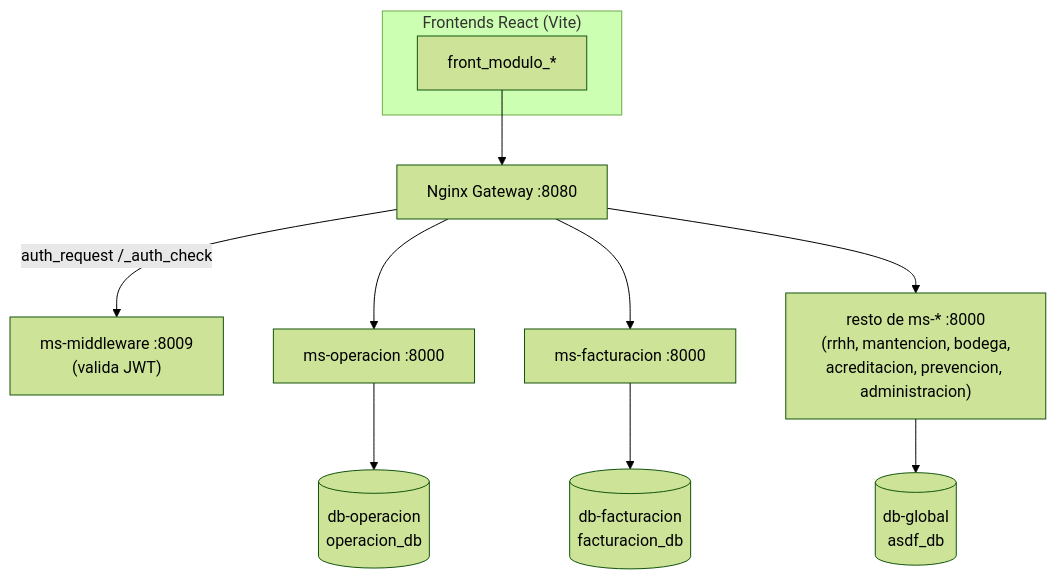
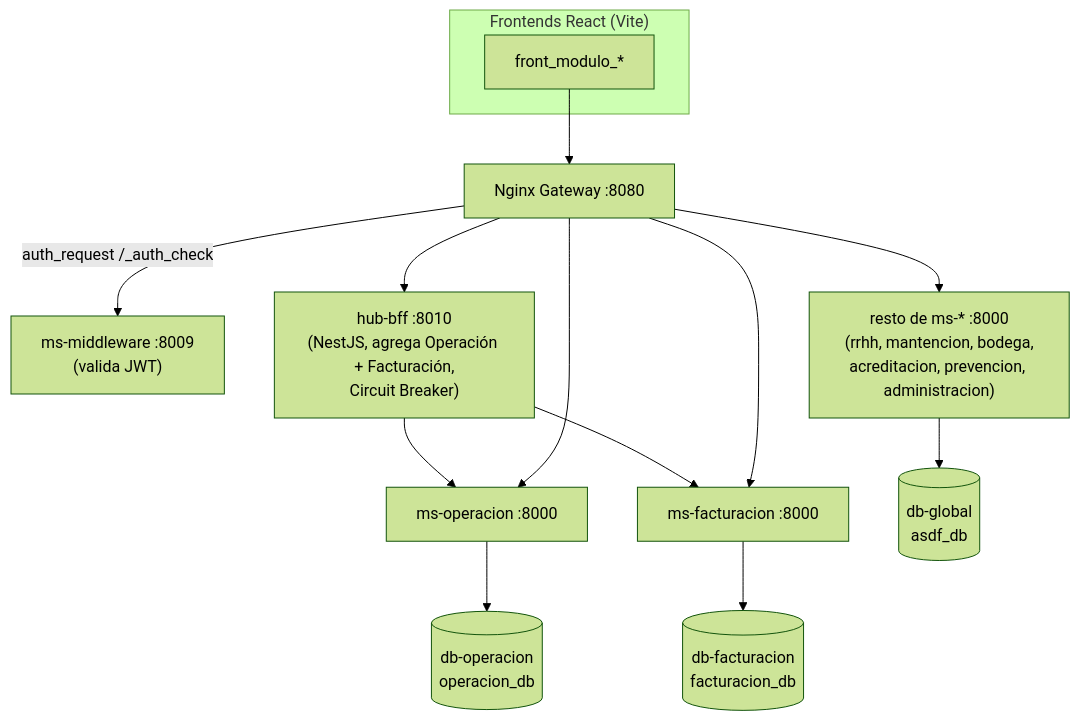
One commit to benjaminAndaur/hub-infra changed the diagram in README.md. Above: the diagram before and after it, drawn with Mermaid (forest theme). The commit also changed other lines of this file and 3 other files, not shown here.

First line of the commit message:
feat: integrar BFF (hub-bff) al stack y al gateway

````diff
--- a/README.md
+++ b/README.md
@@ -102,16 +104,19 @@
 ```mermaid
 flowchart TB
     subgraph Frontends["Frontends React (Vite)"]
         FE[front_modulo_*]
     end
 
     FE --> NGINX["Nginx Gateway :8080"]
     NGINX -- "auth_request /_auth_check" --> MW["ms-middleware :8009<br/>(valida JWT)"]
-    NGINX --> MSOP["ms-operacion :8000"]
-    NGINX --> MSFACT["ms-facturacion :8000"]
+    NGINX --> BFF["hub-bff :8010<br/>(NestJS, agrega Operación + Facturación,<br/>Circuit Breaker)"]
+    BFF --> MSOP["ms-operacion :8000"]
+    BFF --> MSFACT["ms-facturacion :8000"]
+    NGINX --> MSOP
+    NGINX --> MSFACT
     NGINX --> MSOTROS["resto de ms-* :8000<br/>(rrhh, mantencion, bodega,<br/>acreditacion, prevencion, administracion)"]
 
     MSOP --> DBOP[("db-operacion<br/>operacion_db")]
     MSFACT --> DBFACT[("db-facturacion<br/>facturacion_db")]
     MSOTROS --> DBGLOBAL[("db-global<br/>asdf_db")]
 ```
````
